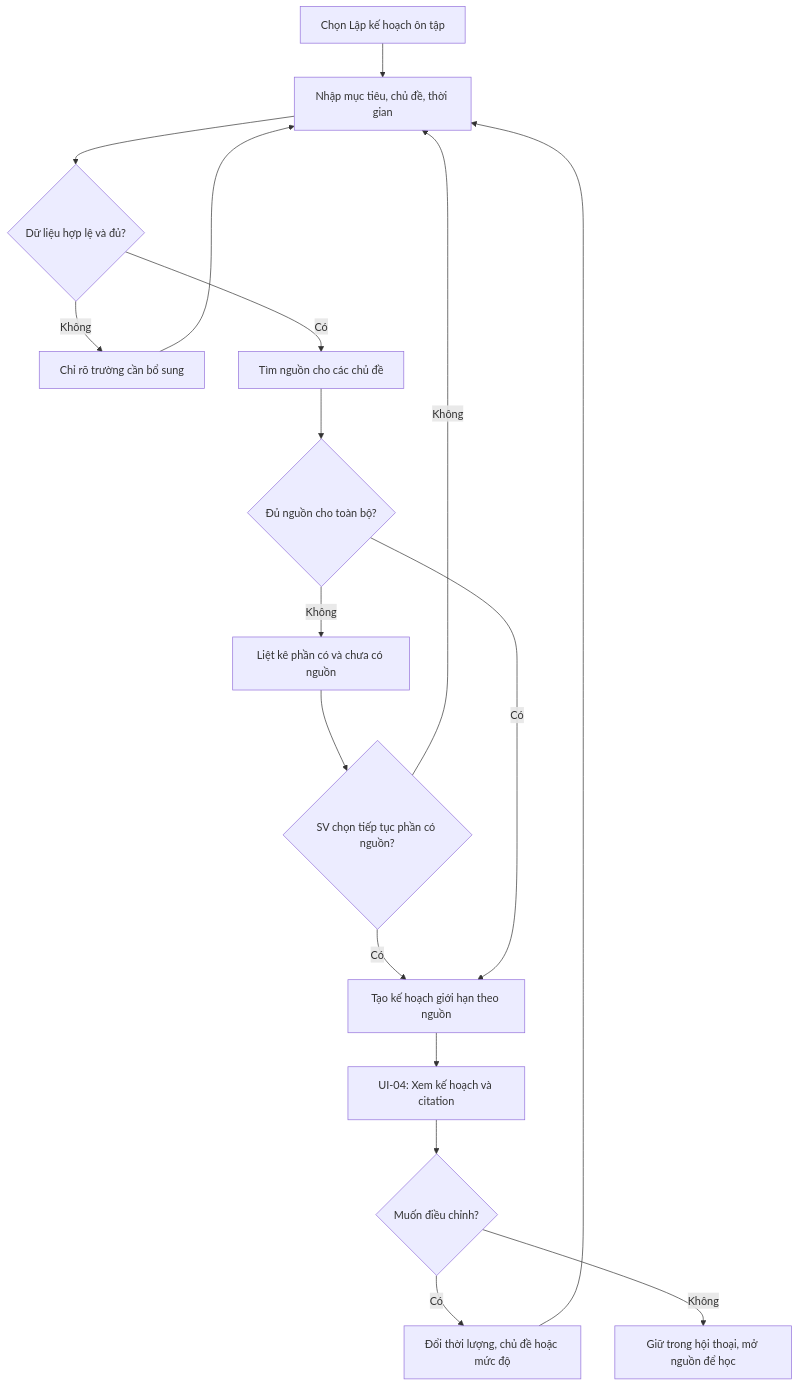
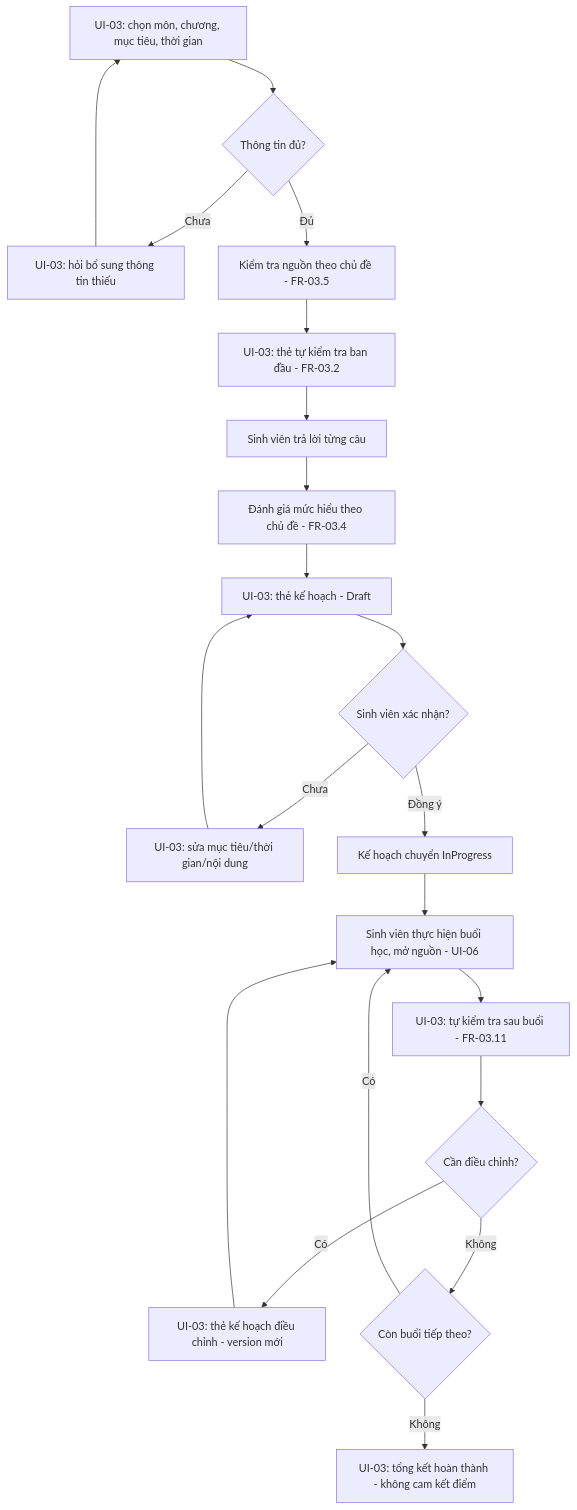
Before and after one commit to MinhNhatUet/7grass10wwind: the third of 8 diagrams in docs/documentions/wireframe&UIflow_edu04.md, drawn with Mermaid. The commit also changed other lines of this file and 3 other files, not shown here.

First line of the commit message:
docs: sync wireframe/UI flow, backlog và milestone theo PRD v2.0

````diff
--- a/docs/documentions/wireframe&UIflow_edu04.md
+++ b/docs/documentions/wireframe&UIflow_edu04.md
@@ -191,19 +493,23 @@
 ```mermaid
 flowchart TD
-    A[Chọn Lập kế hoạch ôn tập] --> B[Nhập mục tiêu, chủ đề, thời gian]
-    B --> C{Dữ liệu hợp lệ và đủ?}
-    C -- Không --> D[Chỉ rõ trường cần bổ sung]
-    D --> B
-    C -- Có --> E[Tìm nguồn cho các chủ đề]
-    E --> F{Đủ nguồn cho toàn bộ?}
-    F -- Không --> G[Liệt kê phần có và chưa có nguồn]
-    G --> H{SV chọn tiếp tục phần có nguồn?}
-    H -- Không --> B
-    H -- Có --> I[Tạo kế hoạch giới hạn theo nguồn]
-    F -- Có --> I
-    I --> J[UI-04: Xem kế hoạch và citation]
-    J --> K{Muốn điều chỉnh?}
-    K -- Có --> L[Đổi thời lượng, chủ đề hoặc mức độ]
-    L --> B
-    K -- Không --> M[Giữ trong hội thoại, mở nguồn để học]
+    UI03A[UI-03: chọn môn, chương, mục tiêu, thời gian] --> ENOUGH{Thông tin đủ?}
+    ENOUGH -- Chưa --> UI03B[UI-03: hỏi bổ sung thông tin thiếu]
+    UI03B --> UI03A
+    ENOUGH -- Đủ --> SRC[Kiểm tra nguồn theo chủ đề - FR-03.5]
+    SRC --> QUIZ[UI-03: thẻ tự kiểm tra ban đầu - FR-03.2]
+    QUIZ --> ANSWER[Sinh viên trả lời từng câu]
+    ANSWER --> ASSESS[Đánh giá mức hiểu theo chủ đề - FR-03.4]
+    ASSESS --> PLAN[UI-03: thẻ kế hoạch - Draft]
+    PLAN --> CONFIRM{Sinh viên xác nhận?}
+    CONFIRM -- Chưa --> EDITPLAN[UI-03: sửa mục tiêu/thời gian/nội dung]
+    EDITPLAN --> PLAN
+    CONFIRM -- Đồng ý --> INPROG[Kế hoạch chuyển InProgress]
+    INPROG --> STUDY[Sinh viên thực hiện buổi học, mở nguồn - UI-06]
+    STUDY --> POSTQUIZ[UI-03: tự kiểm tra sau buổi - FR-03.11]
+    POSTQUIZ --> ADJUST{Cần điều chỉnh?}
+    ADJUST -- Có --> UI03PLAN2[UI-03: thẻ kế hoạch điều chỉnh - version mới]
+    UI03PLAN2 --> STUDY
+    ADJUST -- Không --> MORE{Còn buổi tiếp theo?}
+    MORE -- Có --> STUDY
+    MORE -- Không --> DONE[UI-03: tổng kết hoàn thành - không cam kết điểm]
 ```
````
